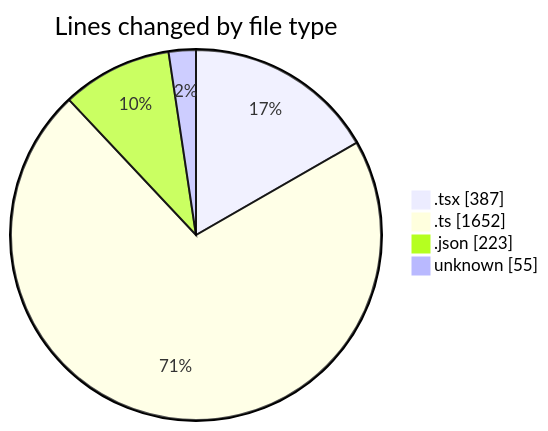
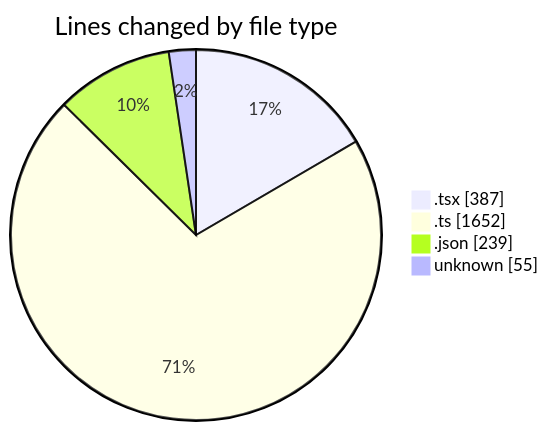
The first of 2 diagrams in 2025-10-21/cda/README.md (momahboobian/code-tracking), drawn with Mermaid before and after one commit. The commit also changed other lines of this file and 1 other file, not shown here.

````diff
--- a/2025-10-21/cda/README.md
+++ b/2025-10-21/cda/README.md
@@ -30,8 +31,8 @@
 ```mermaid
 pie showData
 title Lines changed by file type
 ".tsx" : 387
 ".ts" : 1652
-".json" : 223
+".json" : 239
 "unknown" : 55
 ```
````
